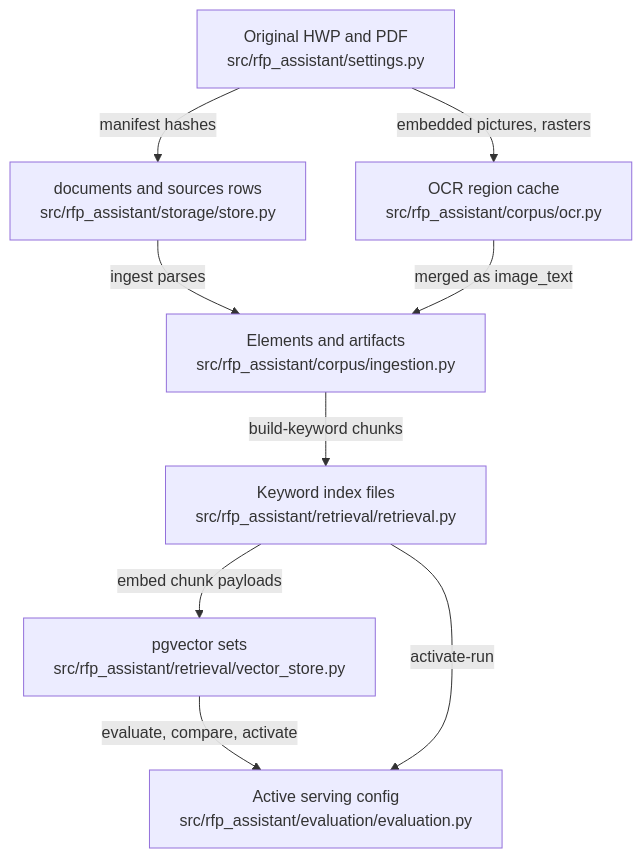
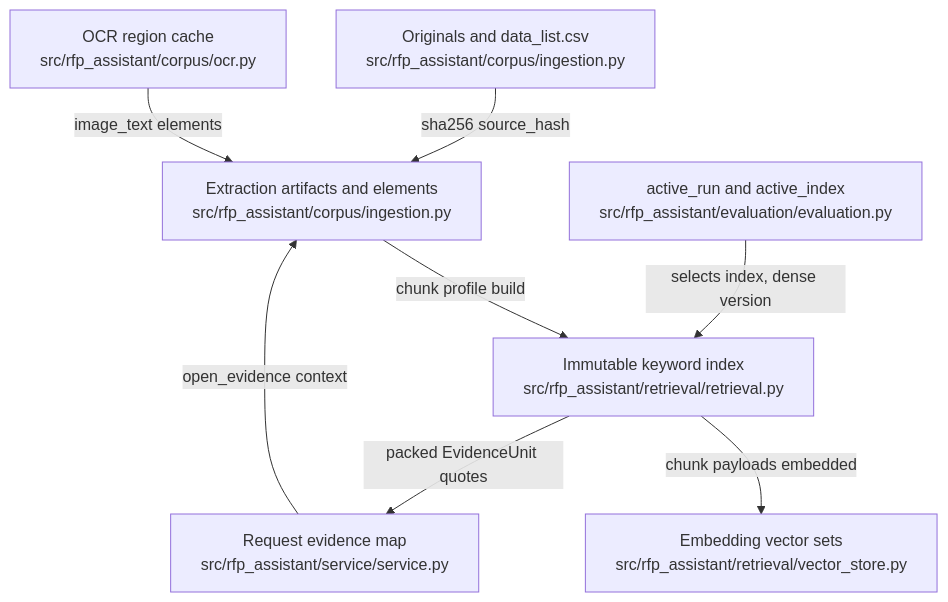
The diagram in .omm/data-flow/diagram.mmd (littleeeeebit/project-codeit-mid), drawn with Mermaid before and after one commit. The commit also changed 402 other files, not shown here.

```diff
--- a/.omm/data-flow/diagram.mmd
+++ b/.omm/data-flow/diagram.mmd
@@ -1,9 +1,15 @@
 graph TD
-  original-files["Original HWP and PDF\nsrc/rfp_assistant/settings.py"] -->|"manifest hashes"| source-records["documents and sources rows\nsrc/rfp_assistant/storage/store.py"]
-  original-files -->|"embedded pictures, rasters"| ocr-cache["OCR region cache\nsrc/rfp_assistant/corpus/ocr.py"]
-  source-records -->|"ingest parses"| extraction-artifacts["Elements and artifacts\nsrc/rfp_assistant/corpus/ingestion.py"]
-  ocr-cache -->|"merged as image_text"| extraction-artifacts
-  extraction-artifacts -->|"build-keyword chunks"| keyword-index-files["Keyword index files\nsrc/rfp_assistant/retrieval/retrieval.py"]
-  keyword-index-files -->|"embed chunk payloads"| vector-sets["pgvector sets\nsrc/rfp_assistant/retrieval/vector_store.py"]
-  vector-sets -->|"evaluate, compare, activate"| active-serving["Active serving config\nsrc/rfp_assistant/evaluation/evaluation.py"]
-  keyword-index-files -->|"activate-run"| active-serving
+  source-originals["Originals and data_list.csv\nsrc/rfp_assistant/corpus/ingestion.py"]
+  extraction-revisions["Extraction artifacts and elements\nsrc/rfp_assistant/corpus/ingestion.py"]
+  ocr-reads["OCR region cache\nsrc/rfp_assistant/corpus/ocr.py"]
+  keyword-index["Immutable keyword index\nsrc/rfp_assistant/retrieval/retrieval.py"]
+  vector-sets["Embedding vector sets\nsrc/rfp_assistant/retrieval/vector_store.py"]
+  serving-activation["active_run and active_index\nsrc/rfp_assistant/evaluation/evaluation.py"]
+  evidence-map["Request evidence map\nsrc/rfp_assistant/service/service.py"]
+  source-originals -->|"sha256 source_hash"| extraction-revisions
+  ocr-reads -->|"image_text elements"| extraction-revisions
+  extraction-revisions -->|"chunk profile build"| keyword-index
+  keyword-index -->|"chunk payloads embedded"| vector-sets
+  serving-activation -->|"selects index, dense version"| keyword-index
+  keyword-index -->|"packed EvidenceUnit quotes"| evidence-map
+  evidence-map -->|"open_evidence context"| extraction-revisions
```
